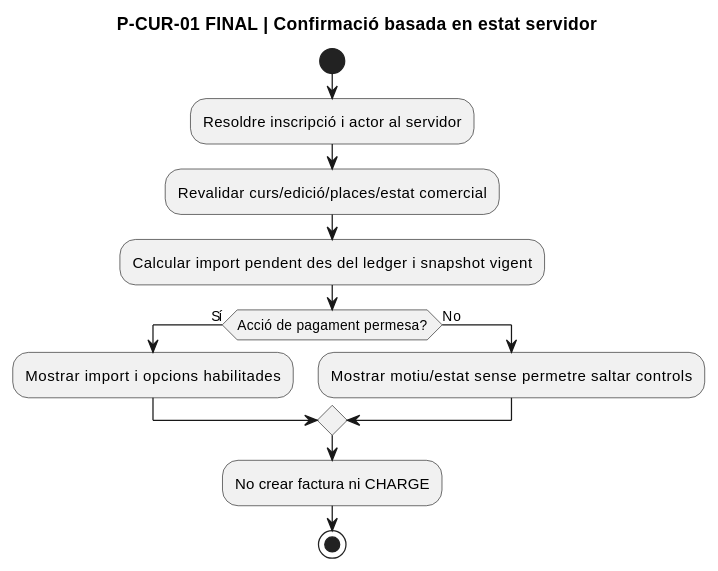
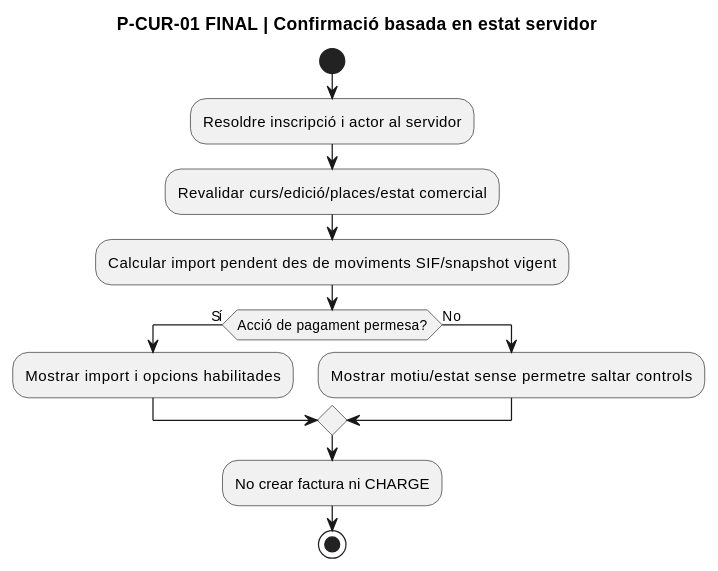
One commit to orgmeriemprismacat-del/verifactu changed the second of 14 diagrams in documentacio/07-uml-integrat/uc-014-activitats-pagines-redsys-actual-final.md. Above: the diagram before and after it, drawn with PlantUML. The commit also changed other lines of this file, not shown here.

````diff
--- a/documentacio/07-uml-integrat/uc-014-activitats-pagines-redsys-actual-final.md
+++ b/documentacio/07-uml-integrat/uc-014-activitats-pagines-redsys-actual-final.md
@@ -49,16 +50,16 @@
 ```plantuml
 @startuml
 title P-CUR-01 FINAL | Confirmació basada en estat servidor
 start
 :Resoldre inscripció i actor al servidor;
 :Revalidar curs/edició/places/estat comercial;
-:Calcular import pendent des del ledger i snapshot vigent;
+:Calcular import pendent des de moviments SIF/snapshot vigent;
 if (Acció de pagament permesa?) then (Sí)
   :Mostrar import i opcions habilitades;
 else (No)
   :Mostrar motiu/estat sense permetre saltar controls;
 endif
 :No crear factura ni CHARGE;
 stop
 @enduml
 ```
````
